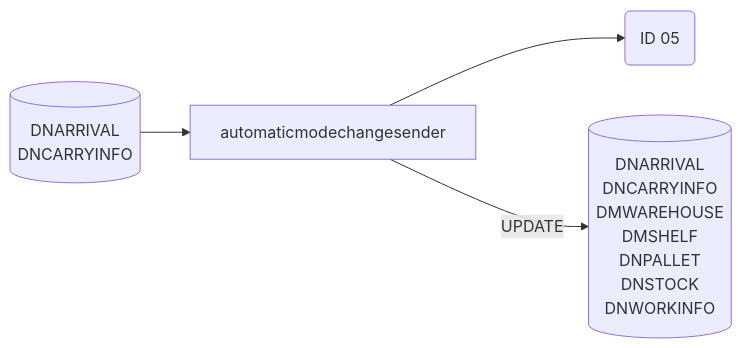
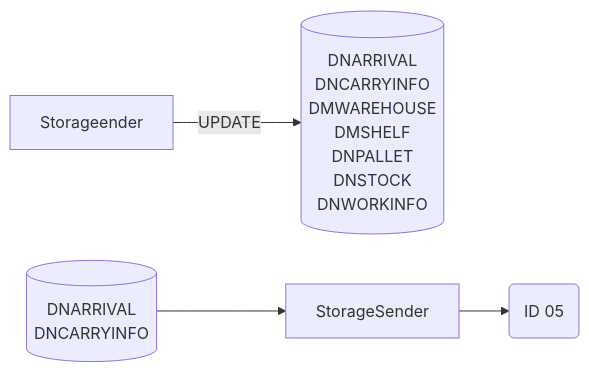
The seventh of 24 diagrams in Basic-Design/DFD-WMS/Storage/Unplanned-Storage/Unplanned-Storage-from-OP-Area.md (luthfiadityaa/SimeDarby-Wiki), drawn with Mermaid before and after one commit.

Commit message:
Updated Unplanned Storage from OP Area

```diff
--- a/Basic-Design/DFD-WMS/Storage/Unplanned-Storage/Unplanned-Storage-from-OP-Area.md
+++ b/Basic-Design/DFD-WMS/Storage/Unplanned-Storage/Unplanned-Storage-from-OP-Area.md
@@ -309,23 +309,23 @@
 ::: mermaid
 flowchart LR
 automaticmodechangesender-update[("
 DNARRIVAL
 DNCARRYINFO
 DMWAREHOUSE
 DMSHELF
 DNPALLET
 DNSTOCK
 DNWORKINFO
 ")]
 automaticmodechangesender-input[("
 DNARRIVAL
 DNCARRYINFO
 ")]
 
 id05msg("
 ID 05
 ")
 
-automaticmodechangesender-input-->automaticmodechangesender-->id05msg
-automaticmodechangesender--> |UPDATE| automaticmodechangesender-update
+automaticmodechangesender-input-->StorageSender-->id05msg
+Storageender--> |UPDATE| automaticmodechangesender-update
 :::
```
